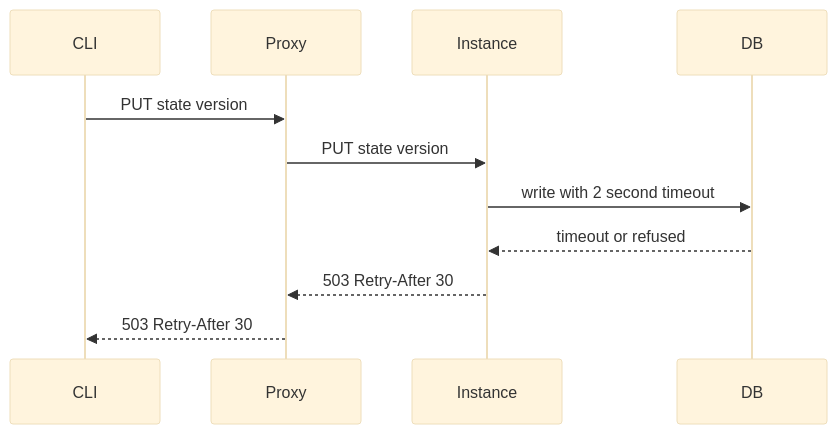
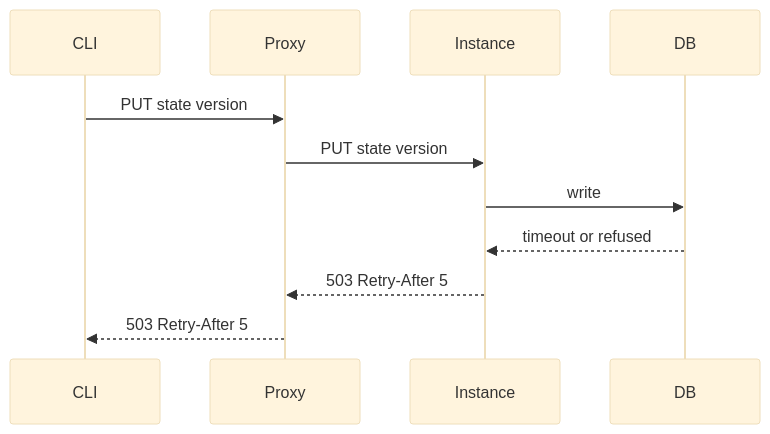
Before and after one commit to OpenDustpan/OpenDustpan: the diagram in openspec/changes/database-outage-503-shape/design.md, drawn with Mermaid (base theme). The commit also changed other lines of this file and 3 other files, not shown here.

First line of the commit message:
Spec: database-outage-503-shape adds Retry-After 5 to the ready 503 (#3951)

````diff
--- a/openspec/changes/database-outage-503-shape/design.md
+++ b/openspec/changes/database-outage-503-shape/design.md
@@ -23,13 +25,13 @@
 ```mermaid
 sequenceDiagram
 participant CLI as CLI
 participant LB as Proxy
 participant I as Instance
 participant DB as DB
 CLI->>LB: PUT state version
 LB->>I: PUT state version
-I->>DB: write with 2 second timeout
+I->>DB: write
 DB-->>I: timeout or refused
-I-->>LB: 503 Retry-After 30
-LB-->>CLI: 503 Retry-After 30
+I-->>LB: 503 Retry-After 5
+LB-->>CLI: 503 Retry-After 5
 ```
````
